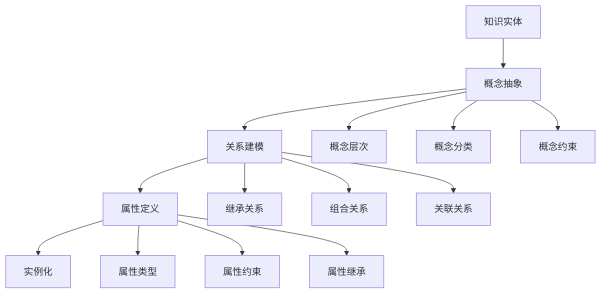
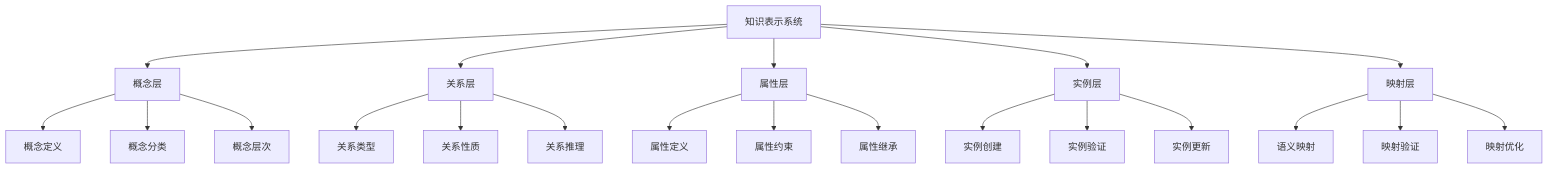
The diagram in docs/01-knowledge-representation/README.md (AdaMartin18010/KnowledgeGraph), drawn with Mermaid before and after one commit. The commit also changed other lines of this file and 10 other files, not shown here.

````diff
--- a/docs/01-knowledge-representation/README.md
+++ b/docs/01-knowledge-representation/README.md
@@ -109,19 +196,28 @@
 ```mermaid
 graph TD
-    A[知识实体] --> B[概念抽象]
-    B --> C[关系建模]
-    C --> D[属性定义]
-    D --> E[实例化]
+    A[知识表示系统] --> B[概念层]
+    A --> C[关系层]
+    A --> D[属性层]
+    A --> E[实例层]
+    A --> F[映射层]
     
-    B --> B1[概念层次]
+    B --> B1[概念定义]
     B --> B2[概念分类]
-    B --> B3[概念约束]
+    B --> B3[概念层次]
     
-    C --> C1[继承关系]
-    C --> C2[组合关系]
-    C --> C3[关联关系]
+    C --> C1[关系类型]
+    C --> C2[关系性质]
+    C --> C3[关系推理]
     
-    D --> D1[属性类型]
+    D --> D1[属性定义]
     D --> D2[属性约束]
     D --> D3[属性继承]
+    
+    E --> E1[实例创建]
+    E --> E2[实例验证]
+    E --> E3[实例更新]
+    
+    F --> F1[语义映射]
+    F --> F2[映射验证]
+    F --> F3[映射优化]
 ```
````
